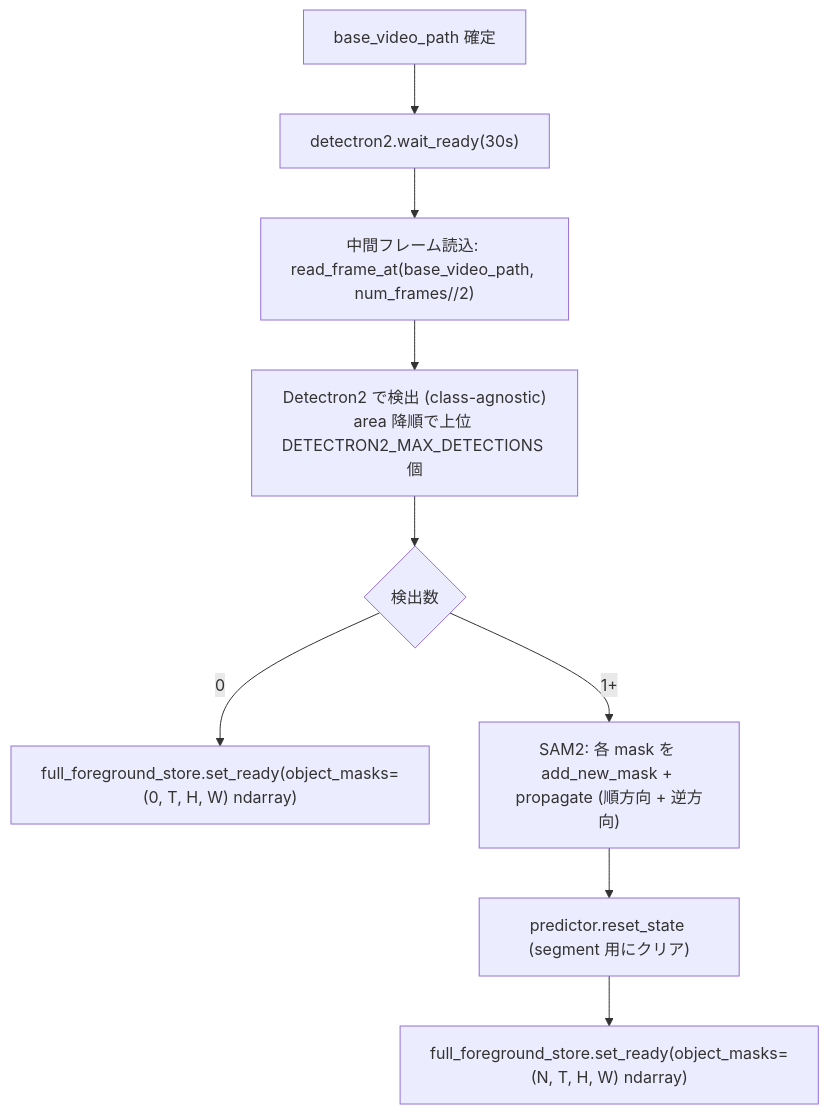
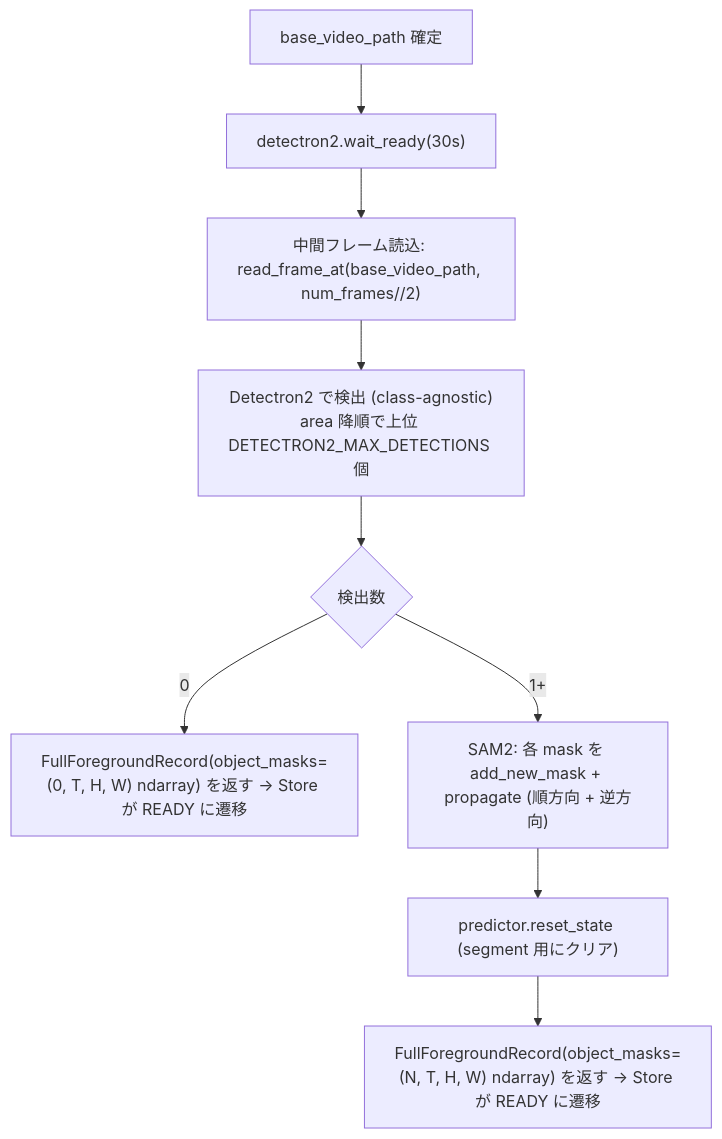
The third of 4 diagrams in docs/spec/03-backend.md (kanosawa/omnimatte-editor), drawn with Mermaid before and after one commit. The commit also changed other lines of this file and 4 other files, not shown here.

````diff
--- a/docs/spec/03-backend.md
+++ b/docs/spec/03-backend.md
@@ -393,11 +391,11 @@
 ```mermaid
 flowchart TB
     A[base_video_path 確定] --> B["detectron2.wait_ready(30s)"]
     B --> C["中間フレーム読込: read_frame_at(base_video_path, num_frames//2)"]
     C --> D["Detectron2 で検出 (class-agnostic)<br/>area 降順で上位 DETECTRON2_MAX_DETECTIONS 個"]
     D --> E{検出数}
-    E -- 0 --> F["full_foreground_store.set_ready(object_masks=(0, T, H, W) ndarray)"]
+    E -- 0 --> F["FullForegroundRecord(object_masks=(0, T, H, W) ndarray) を返す → Store が READY に遷移"]
     E -- "1+" --> G["SAM2: 各 mask を add_new_mask + propagate (順方向 + 逆方向)"]
     G --> H["predictor.reset_state (segment 用にクリア)"]
-    H --> I["full_foreground_store.set_ready(object_masks=(N, T, H, W) ndarray)"]
+    H --> I["FullForegroundRecord(object_masks=(N, T, H, W) ndarray) を返す → Store が READY に遷移"]
 ```
````
